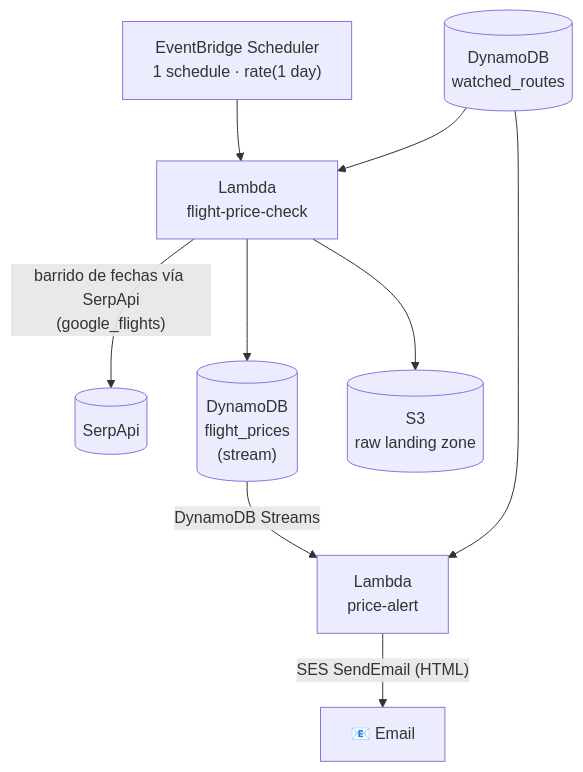
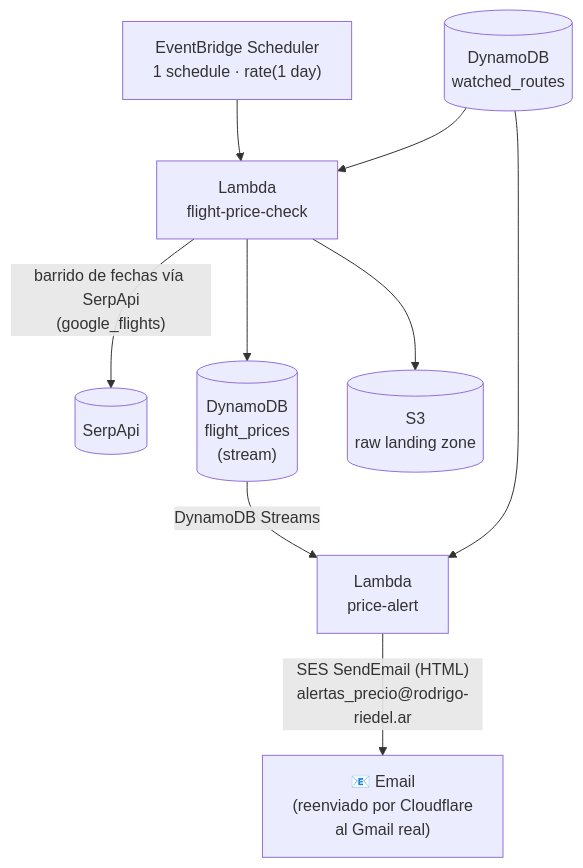
Before and after one commit to rmriedel/lab-aws-devops: the diagram in README.md, drawn with Mermaid. The commit also changed other lines of this file and 15 other files, not shown here.

````diff
--- a/README.md
+++ b/README.md
@@ -9,15 +9,15 @@
 ```mermaid
 flowchart TD
     EB["EventBridge Scheduler<br/>1 schedule · rate(1 day)"]
     EB --> L1["Lambda<br/>flight-price-check"]
 
     WR[("DynamoDB<br/>watched_routes")] --> L1
     L1 -->|"barrido de fechas vía SerpApi<br/>(google_flights)"| SA[("SerpApi")]
 
     L1 --> FP[("DynamoDB<br/>flight_prices<br/>(stream)")]
     L1 --> S3[("S3<br/>raw landing zone")]
 
     FP -->|DynamoDB Streams| L2["Lambda<br/>price-alert"]
     WR --> L2
-    L2 -->|"SES SendEmail (HTML)"| Mail["📧 Email"]
+    L2 -->|"SES SendEmail (HTML)<br/>alertas_precio@rodrigo-riedel.ar"| Mail["📧 Email<br/>(reenviado por Cloudflare<br/>al Gmail real)"]
 ```
````
